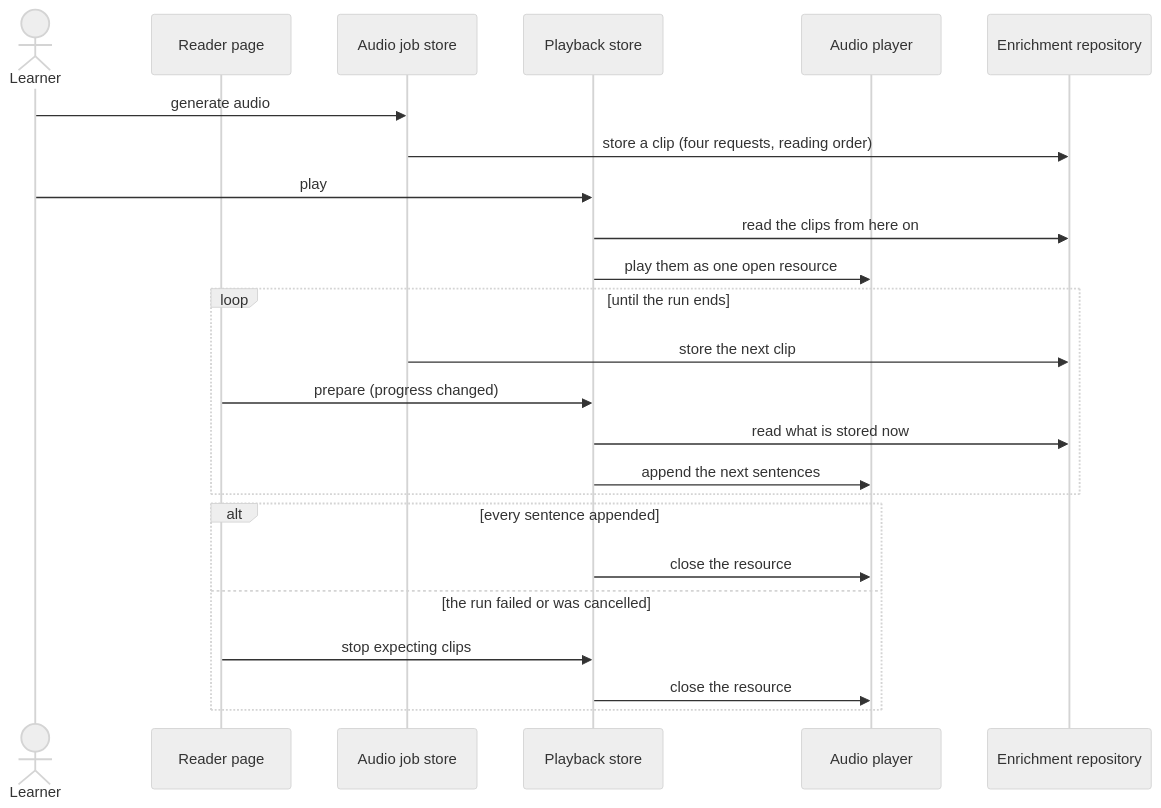
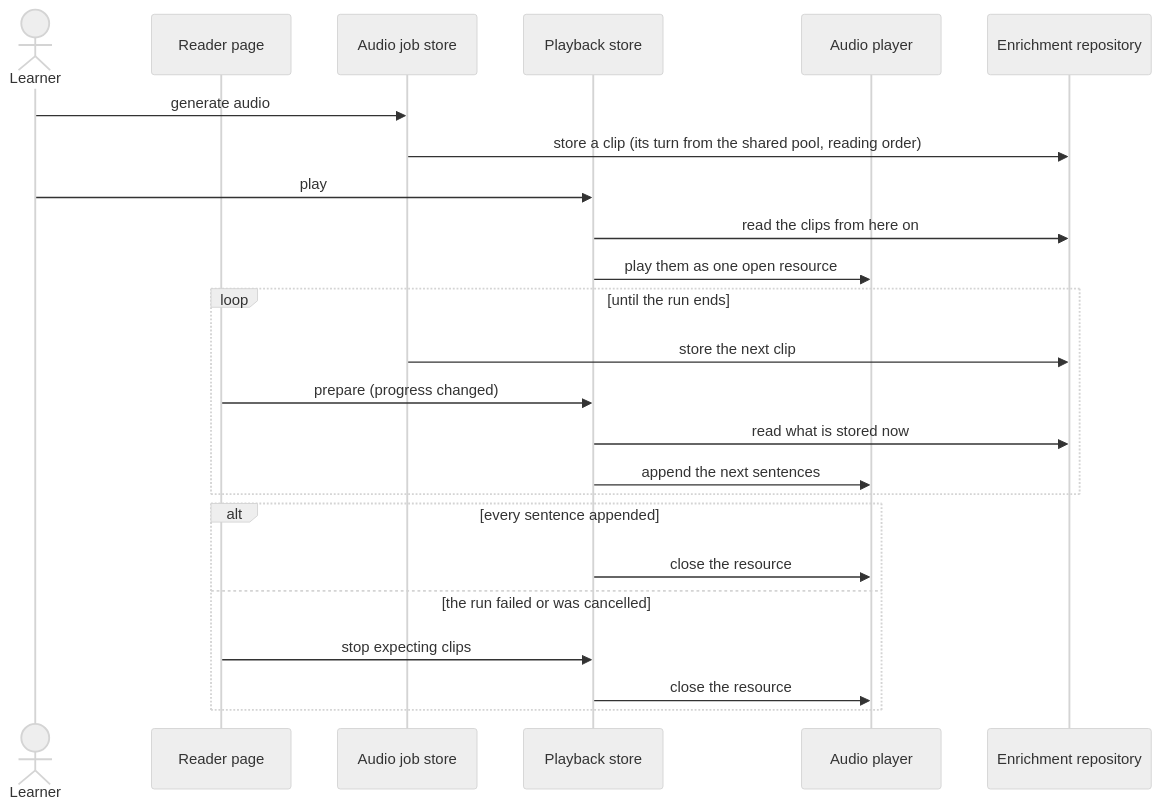
The sixth of 6 diagrams in docs/arc42/06-runtime-view.md (tobiaslrn/monosai), drawn with Mermaid (neutral theme) before and after one commit. The commit also changed other lines of this file and 20 other files, not shown here.

````diff
--- a/docs/arc42/06-runtime-view.md
+++ b/docs/arc42/06-runtime-view.md
@@ -259,27 +267,27 @@
 ```mermaid
 sequenceDiagram
     actor Learner
     participant Reader as Reader page
     participant Job as Audio job store
     participant Playback as Playback store
     participant Player as Audio player
     participant Repo as Enrichment repository
 
     Learner->>Job: generate audio
-    Job->>Repo: store a clip (four requests, reading order)
+    Job->>Repo: store a clip (its turn from the shared pool, reading order)
     Learner->>Playback: play
     Playback->>Repo: read the clips from here on
     Playback->>Player: play them as one open resource
     loop until the run ends
         Job->>Repo: store the next clip
         Reader->>Playback: prepare (progress changed)
         Playback->>Repo: read what is stored now
         Playback->>Player: append the next sentences
     end
     alt every sentence appended
         Playback->>Player: close the resource
     else the run failed or was cancelled
         Reader->>Playback: stop expecting clips
         Playback->>Player: close the resource
     end
 ```
````
